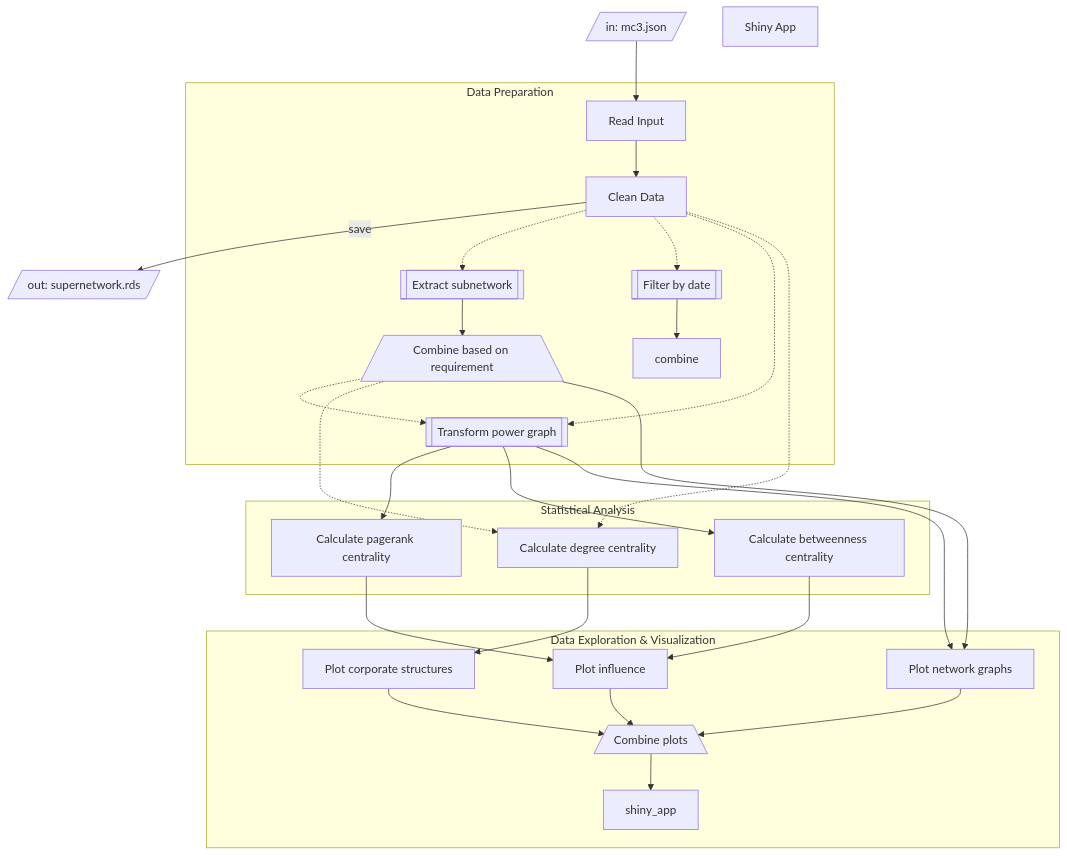
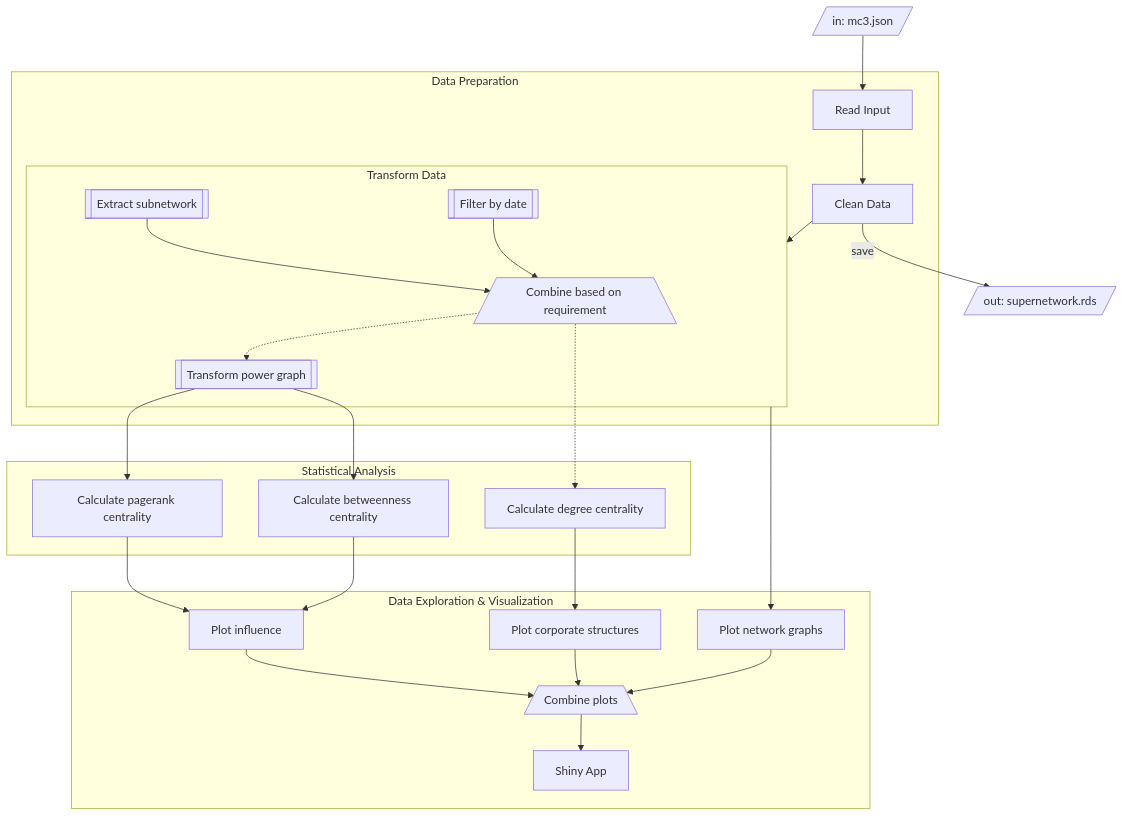
One commit to kjcpaas/ISSS608_Project changed the diagram in proposal.qmd. Above: the diagram before and after it, drawn with Mermaid. The commit also changed other lines of this file and 34 other files, not shown here.

````diff
--- a/proposal.qmd
+++ b/proposal.qmd
@@ -36,57 +36,57 @@
 ```{mermaid}
 flowchart
   mc3_json[/in: mc3.json/]
   sn_rds[/out: supernetwork.rds/]
   
   read[Read Input]
   clean[Clean Data]
   
-  extract_subnetwork[[Extract subnetwork]]
-  filter_date[[Filter by date]]
-  transform_power[[Transform power graph]]
-  
   degree[Calculate degree centrality]
   pagerank[Calculate pagerank centrality]
   betweenness[Calculate betweenness centrality]
   
   plot_corp[Plot corporate structures]
   plot_network[Plot network graphs]
   plot_influence[Plot influence]
-  shiny[Shiny App]
+  shiny_app[Shiny App]
   
   combine_data[/Combine based on requirement\]
   combine_plots[/Combine plots\]
   
   clean -- save --> sn_rds
   mc3_json --> read
   
   subgraph Data Preparation
     read --> clean
-    clean -.-> extract_subnetwork
-    clean -.-> filter_date
-    extract_subnetwork --> combine_data
-    filter_date --> combine
-    combine_data -.-> transform_power
-    clean -.-> transform_power
+    
+    subgraph transform_data[Transform Data]
+      extract_subnetwork[[Extract subnetwork]]
+      filter_date[[Filter by date]]
+      transform_power[[Transform power graph]]
+      
+      extract_subnetwork --> combine_data
+      filter_date --> combine_data
+      combine_data -.-> transform_power
+    end
+    
+    clean --> transform_data
   end
   
   subgraph Statistical Analysis
-    clean -.-> degree
     combine_data -.-> degree
     transform_power --> pagerank
     transform_power --> betweenness
   end
   
     
   subgraph Data Exploration & Visualization
     degree --> plot_corp
     pagerank --> plot_influence
     betweenness --> plot_influence
-    transform_power --> plot_network
-    combine_data --> plot_network
+    transform_data --> plot_network
     plot_corp --> combine_plots
     plot_network --> combine_plots
     plot_influence --> combine_plots
     combine_plots --> shiny_app
   end
 ```
````
